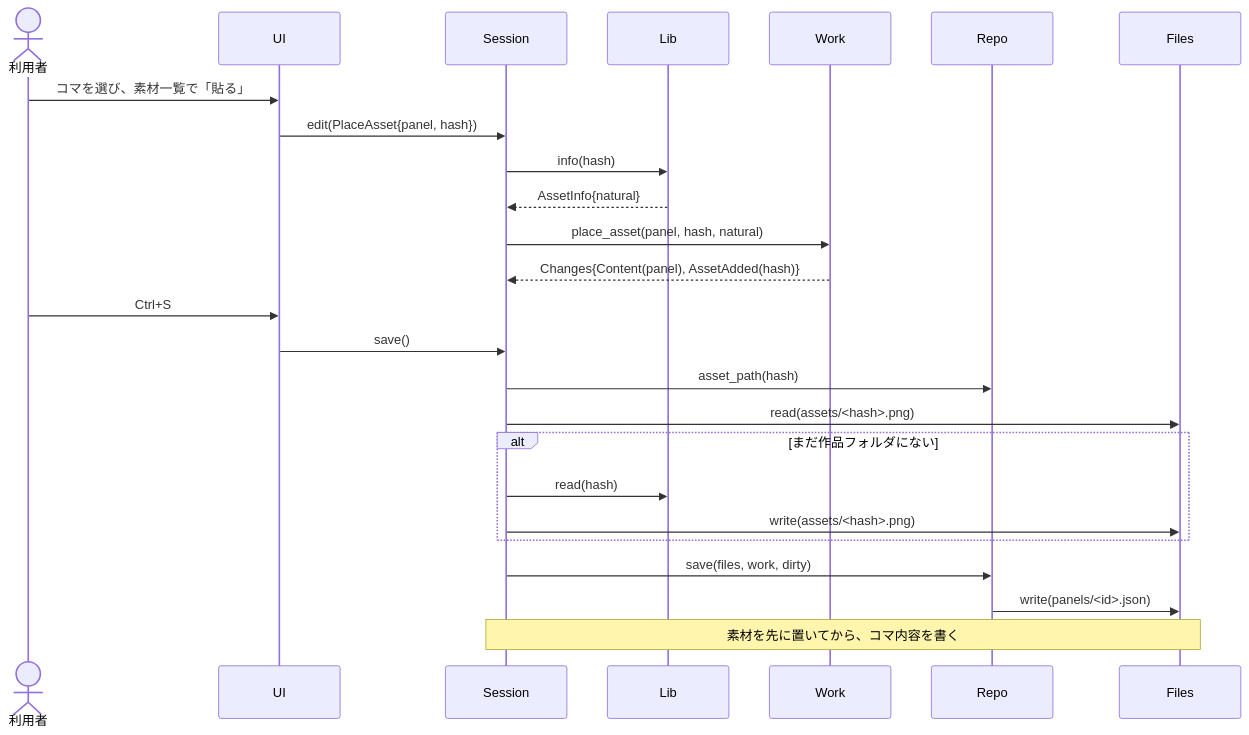
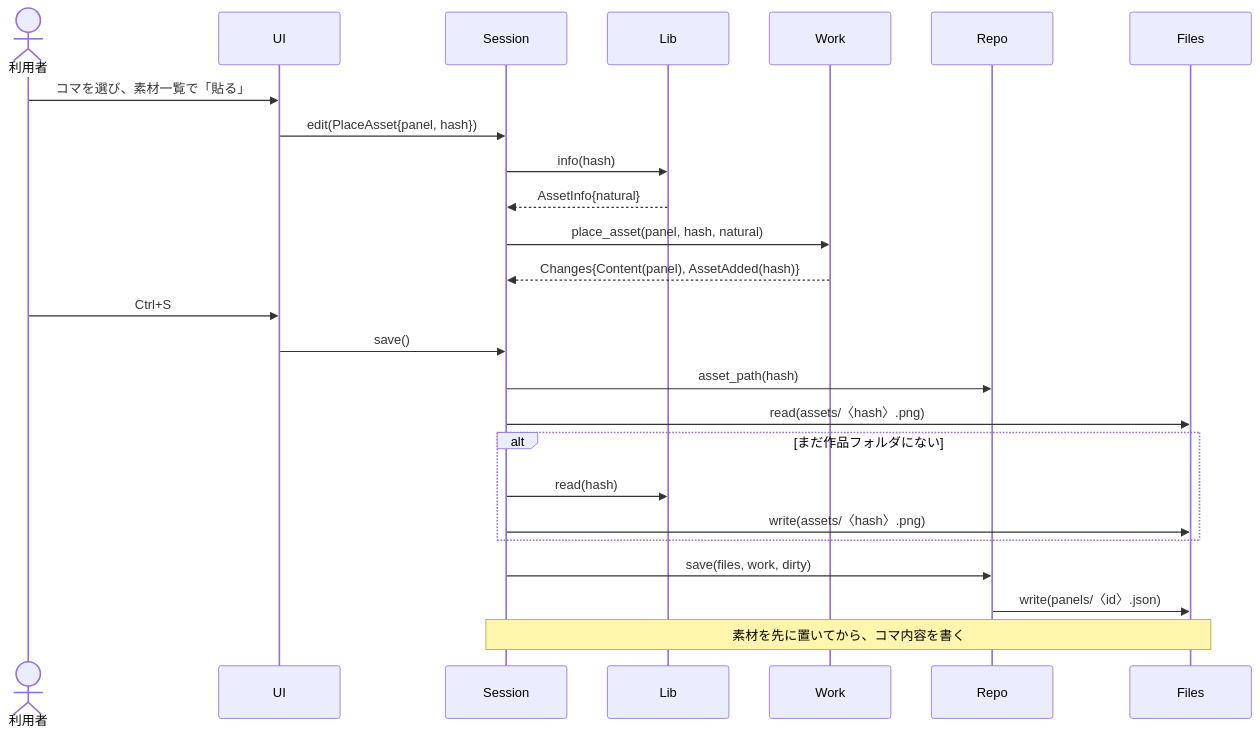
Diagram 12 of 14 in docs/design/sequences.md (ko-ichimo-ri/bunsan_souzou), drawn with Mermaid before and after one commit. The commit also changed other lines of this file and 1 other file, not shown here.

Commit message:
設計書：Mermaidの図で山かっこと波かっこを表示上安全な文字に置き換える

````diff
--- a/docs/design/sequences.md
+++ b/docs/design/sequences.md
@@ -331,27 +331,27 @@
 ```mermaid
 sequenceDiagram
     actor User as 利用者
     participant UI
     participant Session
     participant Lib
     participant Work
     participant Repo
     participant Files
     User->>UI: コマを選び、素材一覧で「貼る」
     UI->>Session: edit(PlaceAsset{panel, hash})
     Session->>Lib: info(hash)
     Lib-->>Session: AssetInfo{natural}
     Session->>Work: place_asset(panel, hash, natural)
     Work-->>Session: Changes{Content(panel), AssetAdded(hash)}
     User->>UI: Ctrl+S
     UI->>Session: save()
     Session->>Repo: asset_path(hash)
-    Session->>Files: read(assets/<hash>.png)
+    Session->>Files: read(assets/〈hash〉.png)
     alt まだ作品フォルダにない
         Session->>Lib: read(hash)
-        Session->>Files: write(assets/<hash>.png)
+        Session->>Files: write(assets/〈hash〉.png)
     end
     Session->>Repo: save(files, work, dirty)
-    Repo->>Files: write(panels/<id>.json)
+    Repo->>Files: write(panels/〈id〉.json)
     Note over Session,Files: 素材を先に置いてから、コマ内容を書く
 ```
````
